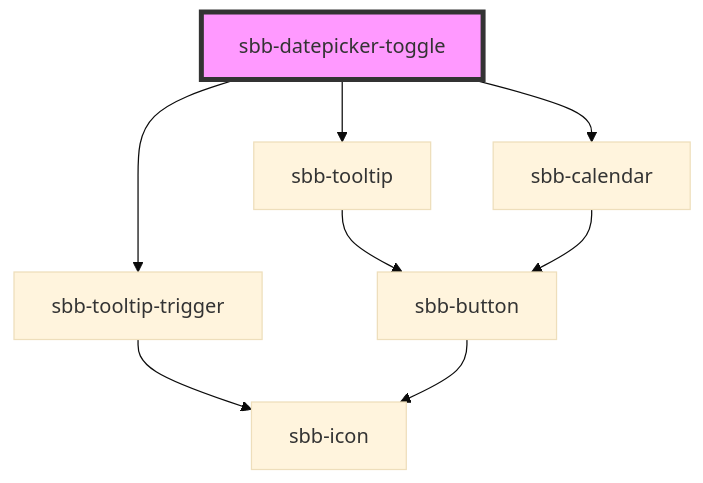
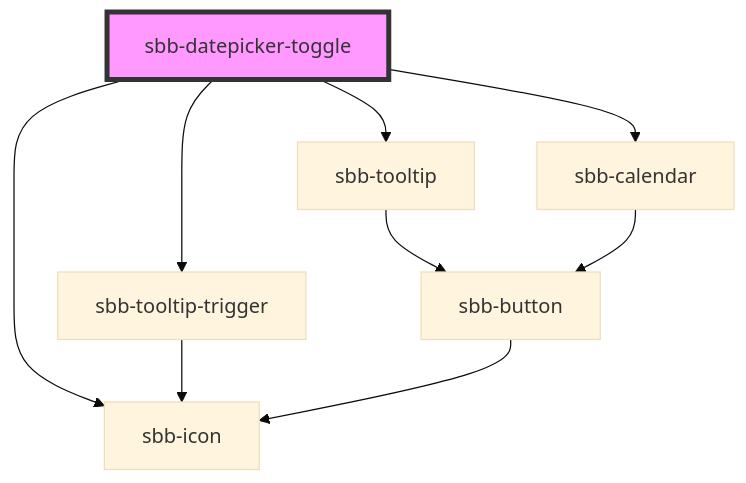
One commit to sbb-design-systems/lyne-components changed the diagram in src/components/sbb-datepicker-toggle/readme.md. Above: the diagram before and after it, drawn with Mermaid (base theme). The commit also changed other lines of this file and 3 other files, not shown here.

````diff
--- a/src/components/sbb-datepicker-toggle/readme.md
+++ b/src/components/sbb-datepicker-toggle/readme.md
@@ -22,11 +23,12 @@
 ```mermaid
 graph TD;
+  sbb-datepicker-toggle --> sbb-icon
   sbb-datepicker-toggle --> sbb-tooltip-trigger
   sbb-datepicker-toggle --> sbb-tooltip
   sbb-datepicker-toggle --> sbb-calendar
   sbb-tooltip-trigger --> sbb-icon
   sbb-tooltip --> sbb-button
   sbb-button --> sbb-icon
   sbb-calendar --> sbb-button
   style sbb-datepicker-toggle fill:#f9f,stroke:#333,stroke-width:4px
 ```
````
